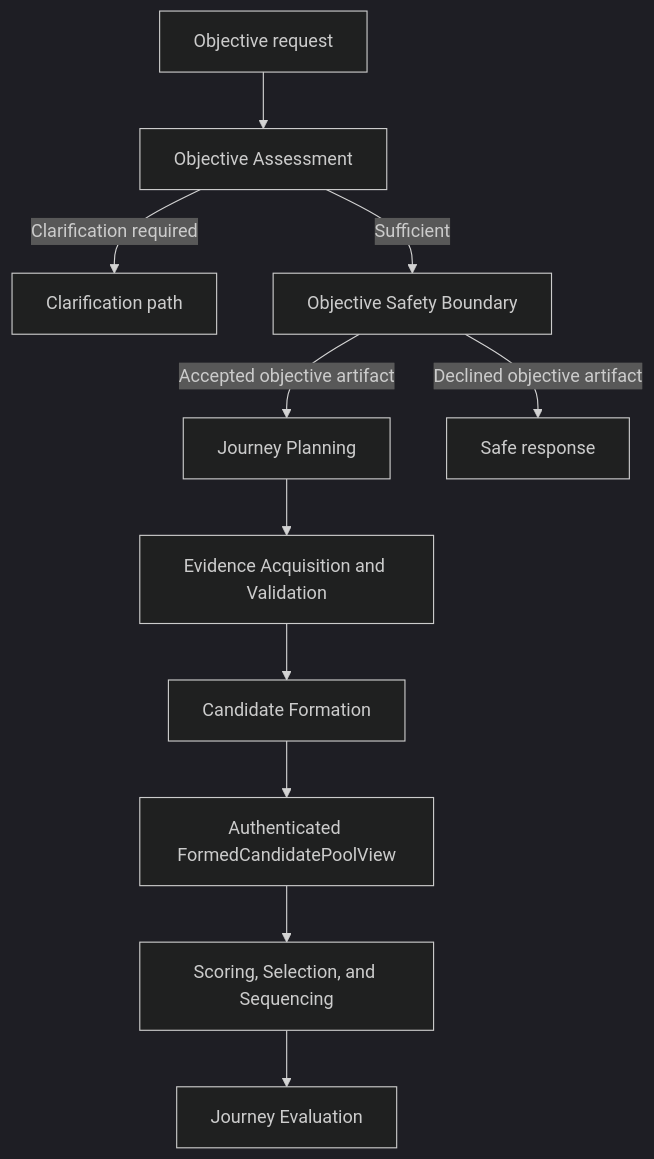
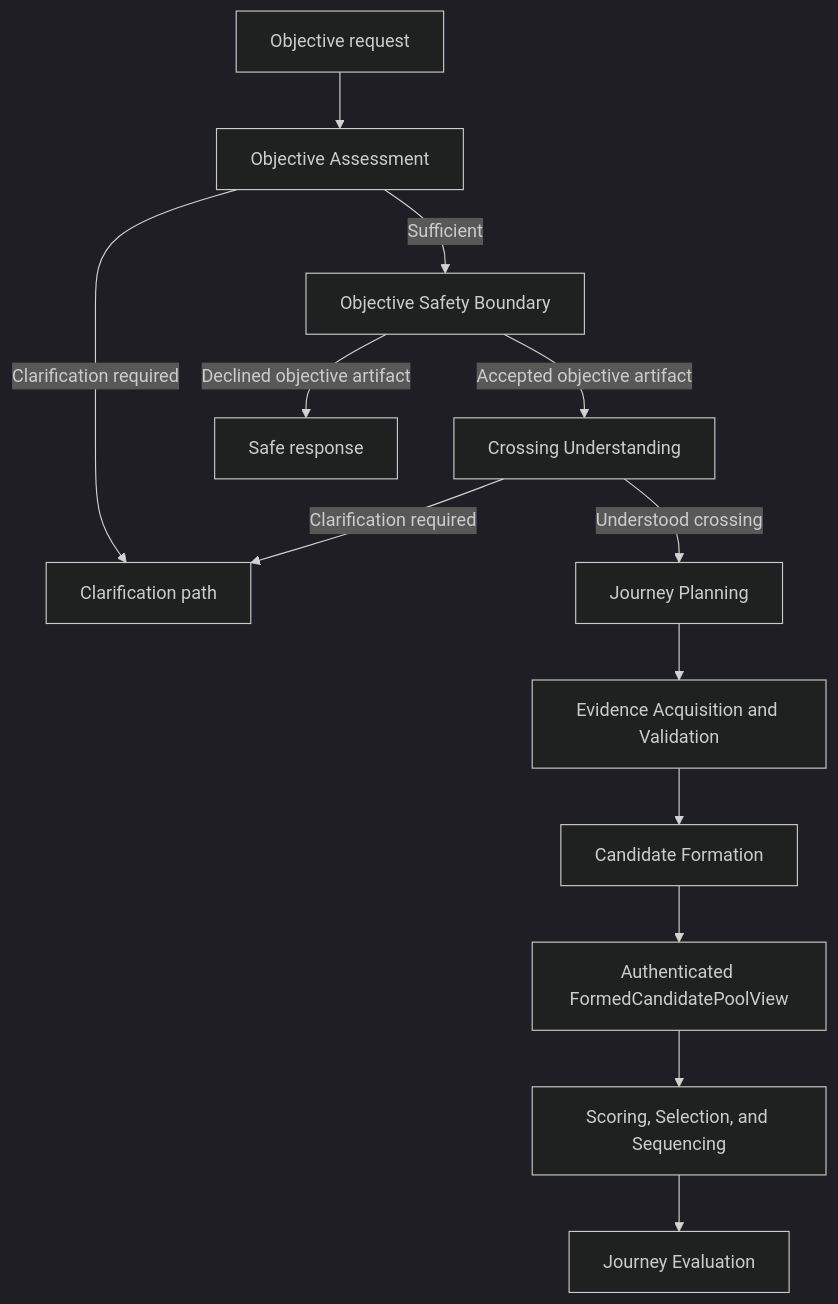
The diagram in docs/architecture.md (kevin7773/PlaylistNarrative), drawn with Mermaid (dark theme) before and after one commit. The commit also changed other lines of this file and 8 other files, not shown here.

Commit message:
feat: add deterministic crossing understanding boundary

````diff
--- a/docs/architecture.md
+++ b/docs/architecture.md
@@ -46,13 +50,15 @@
 ```mermaid
 flowchart TD
     A["Objective request"] --> B["Objective Assessment"]
     B -->|"Clarification required"| C["Clarification path"]
     B -->|"Sufficient"| D["Objective Safety Boundary"]
-    D -->|"Accepted objective artifact"| E["Journey Planning"]
+    D -->|"Accepted objective artifact"| CU["Crossing Understanding"]
     D -->|"Declined objective artifact"| F["Safe response"]
+    CU -->|"Understood crossing"| E["Journey Planning"]
+    CU -->|"Clarification required"| C
     E --> G["Evidence Acquisition and Validation"]
     G --> J["Candidate Formation"]
     J --> K["Authenticated FormedCandidatePoolView"]
     K --> H["Scoring, Selection, and Sequencing"]
     H --> I["Journey Evaluation"]
 ```
````
